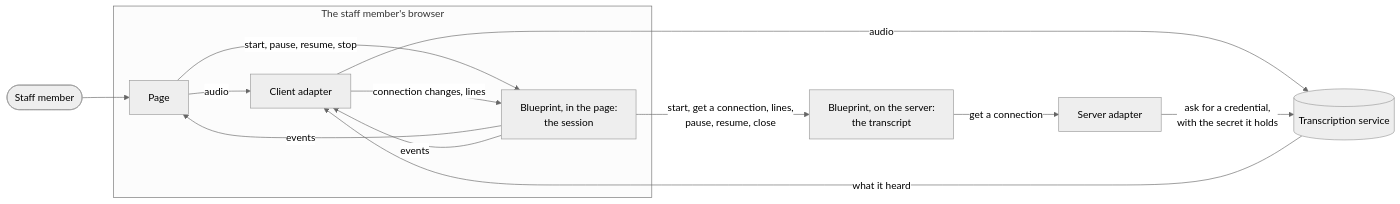
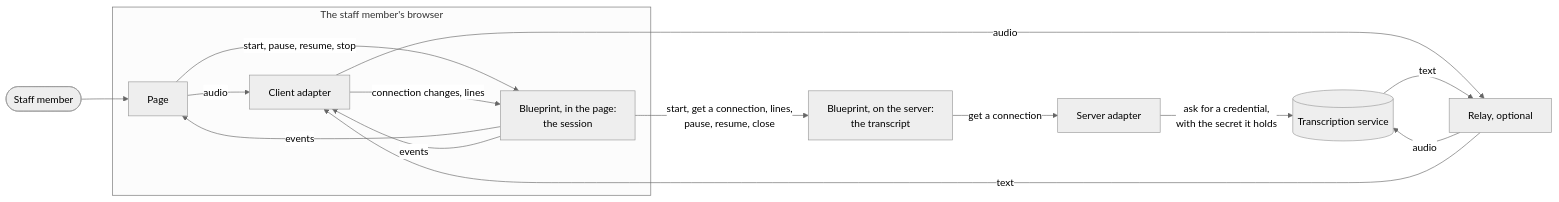
Before and after one commit to codeforamerica/safety-net-blueprint: the first of 6 diagrams in docs/architecture/domains/communication.md, drawn with Mermaid (neutral theme). The commit also changed other lines of this file, not shown here.

First line of the commit message:
Show where the relay and the audio contract fit, and that text comes back

````diff
--- a/docs/architecture/domains/communication.md
+++ b/docs/architecture/domains/communication.md
@@ -91,16 +91,18 @@
 ```mermaid
 flowchart LR
   staff([Staff member]) --> page
   subgraph browser [The staff member's browser]
     page[Page] -- audio --> client[Client adapter]
     page -- start, pause, resume, stop --> session[Blueprint, in the page:<br/>the session]
     client -- connection changes, lines --> session
     session -- events --> page
     session -- events --> client
   end
-  client -- audio --> service[(Transcription service)]
-  service -- what it heard --> client
+  client -- audio --> relay[Relay, optional]
+  relay -- audio --> service[(Transcription service)]
+  service -- text --> relay
+  relay -- text --> client
   session -- start, get a connection, lines,<br/>pause, resume, close --> server[Blueprint, on the server:<br/>the transcript]
   server -- get a connection --> adapter[Server adapter]
   adapter -- ask for a credential,<br/>with the secret it holds --> service
 ```
````
